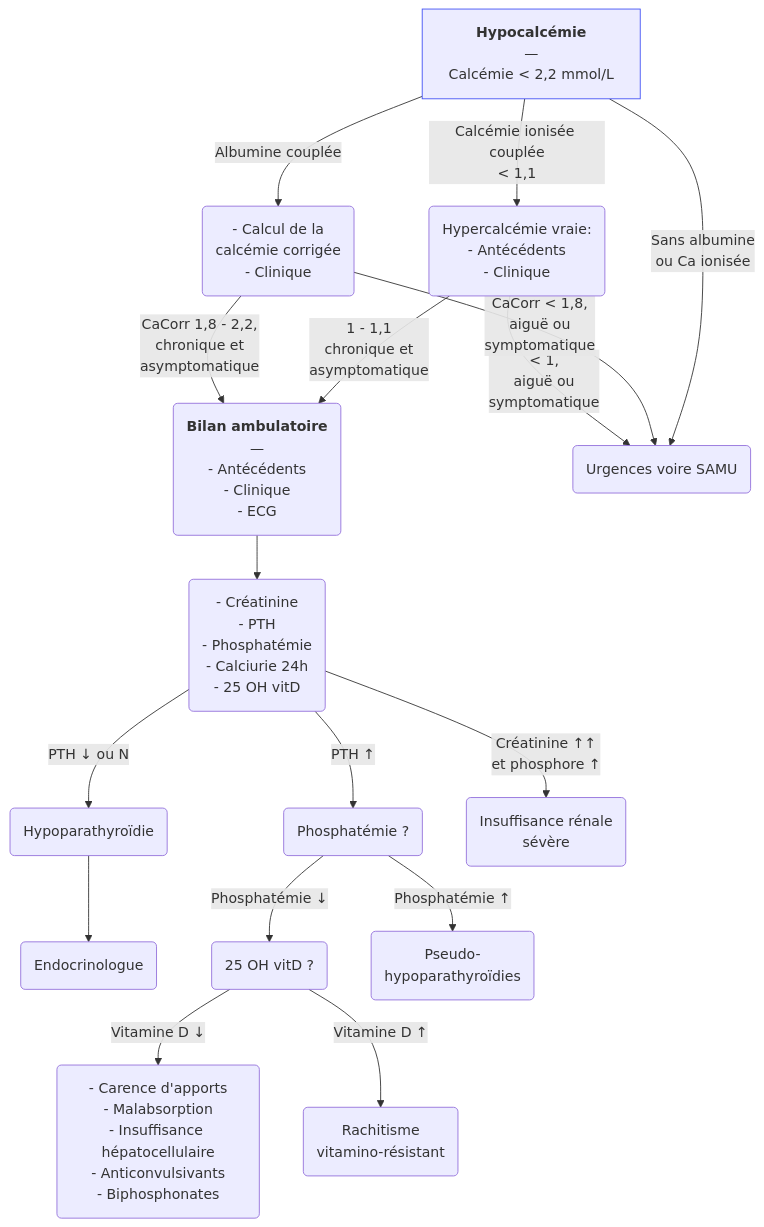
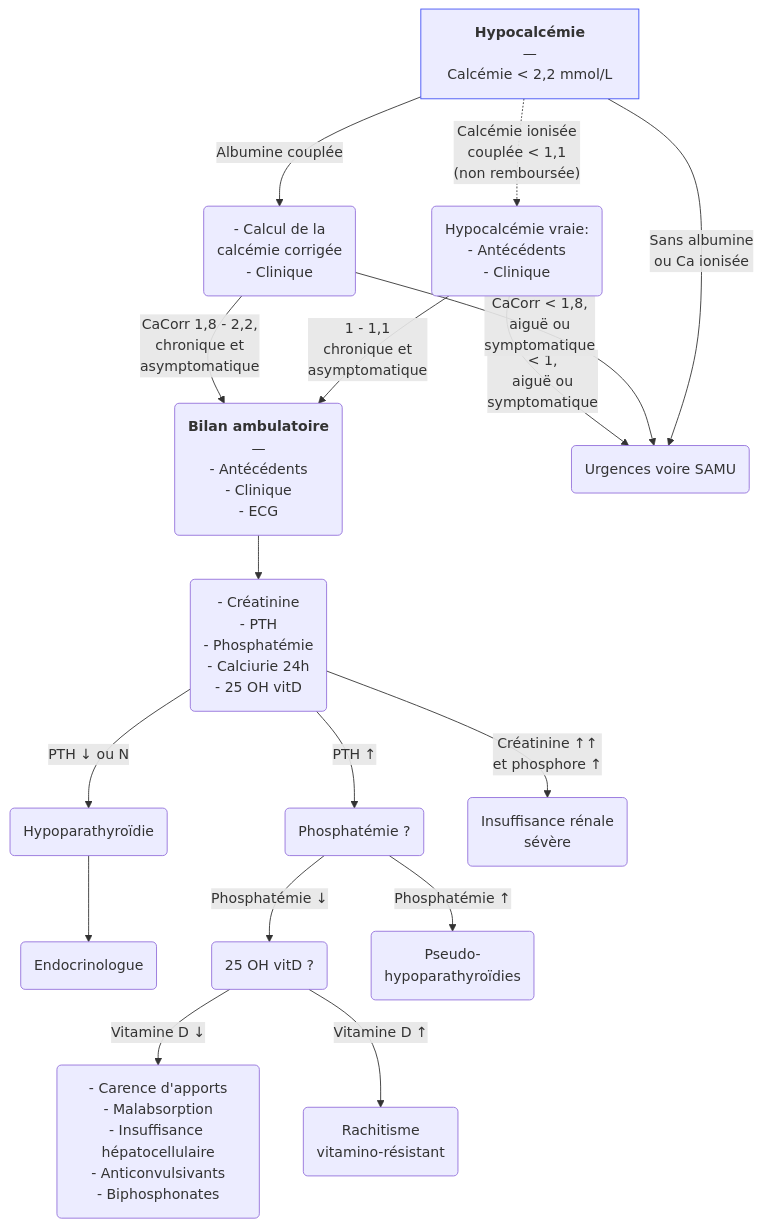
One commit to djibe/recommandations-medicales changed the diagram in content/recommandations/hypocalcemie.md. Above: the diagram before and after it, drawn with Mermaid.

```diff
--- a/content/recommandations/hypocalcemie.md
+++ b/content/recommandations/hypocalcemie.md
@@ -194,14 +194,14 @@
 {{< mermaid title="Prise en charge d'une hypocalcémie par le médecin généraliste. Dr JB Fron d'après Collèges" >}}
 graph TB
   hypocalcémie["<b>Hypocalcémie</b><br>—<br>Calcémie &lt; 2,2 mmol/L"] -- Albumine couplée --> corrigée("- Calcul de la <br>calcémie corrigée<br>- Clinique") -- "CaCorr 1,8 - 2,2,<br>chronique et<br>asymptomatique" --> ambulatoire("<b>Bilan ambulatoire</b><br>—<br>- Antécédents<br>- Clinique<br>- ECG") --> bilan("- Créatinine<br>- PTH<br>- Phosphatémie<br>- Calciurie 24h<br>- 25 OH vitD") -- "PTH ↓ ou N" --> hypoparathyroïdie(Hypoparathyroïdie) --> endocrinologue(Endocrinologue)
   bilan -- PTH ↑ --> phosphatémie("Phosphatémie ?")
     bilan -- "Créatinine ↑↑<br>et phosphore ↑" --> insuffisance("Insuffisance rénale<br>sévère")
-    hypocalcémie -- "Calcémie ionisée couplée<br>&lt; 1,1" --> ionisée("Hypercalcémie vraie:<br>- Antécédents<br>- Clinique") -- "&lt; 1,<br>aiguë ou<br>symptomatique" --> urgences("Urgences voire SAMU")
+    hypocalcémie -. "Calcémie ionisée<br>couplée &lt; 1,1<br>(non remboursée)" .-> ionisée("Hypocalcémie vraie:<br>- Antécédents<br>- Clinique") -- "&lt; 1,<br>aiguë ou<br>symptomatique" --> urgences("Urgences voire SAMU")
       corrigée -- "CaCorr &lt; 1,8,<br>aiguë ou<br>symptomatique" --> urgences
     hypocalcémie -- "Sans albumine<br>ou Ca ionisée" --> urgences
       ionisée -- "1 - 1,1<br>chronique et<br>asymptomatique" --> ambulatoire
         phosphatémie -- "Phosphatémie ↓" --> vitamineD("25 OH vitD ?") -- "Vitamine D ↓" --> carence("- Carence d'apports<br>- Malabsorption<br>- Insuffisance hépatocellulaire<br>- Anticonvulsivants<br>- Biphosphonates")
         phosphatémie -- "Phosphatémie ↑" --> pseudo-hypoparathyroïdies("Pseudo-<br>hypoparathyroïdies")
           vitamineD -- "Vitamine D ↑" --> rachitisme("Rachitisme<br>vitamino-résistant")
   style hypocalcémie stroke:#4150f5, stroke-width:1px
 {{< /mermaid >}}
```
